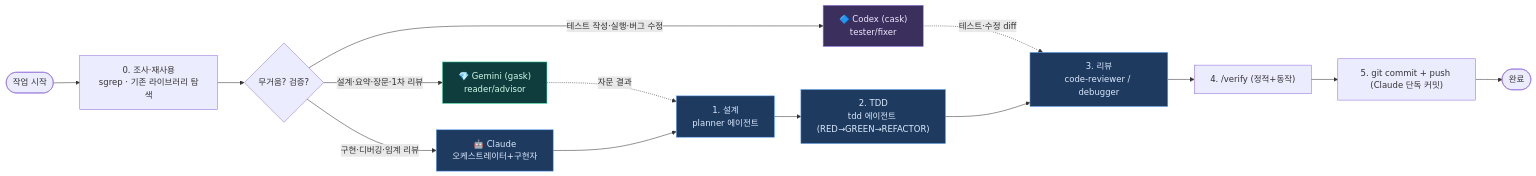
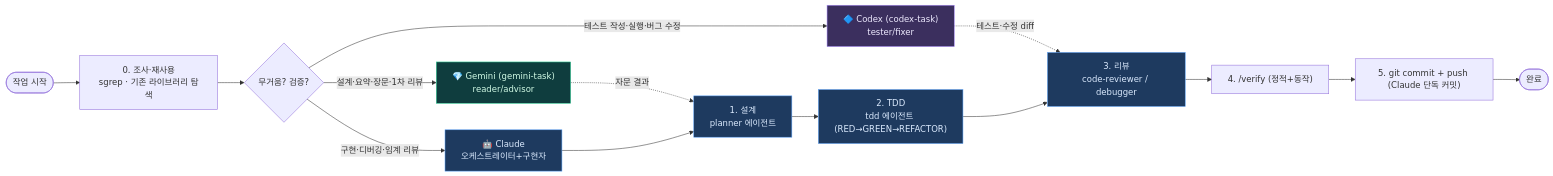
Before and after one commit to jomarusoup/Arachne: the fifth of 5 diagrams in docs/ARCHITECTURE.md, drawn with Mermaid. The commit also changed other lines of this file and 6 other files, not shown here.

First line of the commit message:
docs: 위임 래퍼 정식명 표준화 — gemini-task/codex-task, 페일오버·cross-harness 정식화

````diff
--- a/docs/ARCHITECTURE.md
+++ b/docs/ARCHITECTURE.md
@@ -327,25 +331,25 @@
 ```mermaid
 flowchart LR
     START([작업 시작]) --> INV["0. 조사·재사용<br/>sgrep · 기존 라이브러리 탐색"]
     INV --> ROUTE{무거움? 검증?}
 
-    ROUTE -->|"설계·요약·장문·1차 리뷰"| GEMINI["💎 Gemini (gask)<br/>reader/advisor"]
+    ROUTE -->|"설계·요약·장문·1차 리뷰"| GEMINI["💎 Gemini (gemini-task)<br/>reader/advisor"]
     ROUTE -->|"구현·디버깅·임계 리뷰"| CLAUDE["🤖 Claude<br/>오케스트레이터+구현자"]
-    ROUTE -->|"테스트 작성·실행·버그 수정"| CODEX["🔷 Codex (cask)<br/>tester/fixer"]
+    ROUTE -->|"테스트 작성·실행·버그 수정"| CODEX["🔷 Codex (codex-task)<br/>tester/fixer"]
 
     GEMINI -.->|자문 결과| PLAN
     CODEX -.->|테스트·수정 diff| REVIEW
     CLAUDE --> PLAN["1. 설계<br/>planner 에이전트"]
     PLAN --> TDD["2. TDD<br/>tdd 에이전트 (RED→GREEN→REFACTOR)"]
     TDD --> REVIEW["3. 리뷰<br/>code-reviewer / debugger"]
     REVIEW --> VERIFY["4. /verify (정적+동작)"]
     VERIFY --> COMMIT["5. git commit + push (Claude 단독 커밋)"]
     COMMIT --> END([완료])
 
     classDef gem fill:#0f3d3e,stroke:#34d399,color:#d1fae5;
     classDef cla fill:#1e3a5f,stroke:#60a5fa,color:#dbeafe;
     classDef cdx fill:#3b2f5e,stroke:#a78bfa,color:#ede9fe;
     class GEMINI gem;
     class CLAUDE,PLAN,TDD,REVIEW cla;
     class CODEX cdx;
 ```
````
